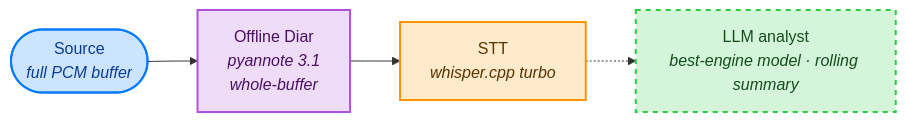
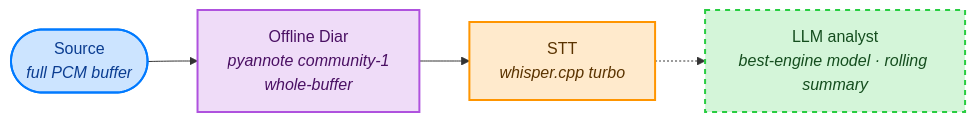
The second of 2 diagrams in README.md (warith-harchaoui/vocal-helper), drawn with Mermaid before and after one commit. The commit also changed other lines of this file and 5 other files, not shown here.

````diff
--- a/README.md
+++ b/README.md
@@ -66,12 +66,12 @@
 ```mermaid
 flowchart LR
     S([Source<br/><i>full PCM buffer</i>]):::source
-      --> D[Offline Diar<br/><i>pyannote 3.1<br/>whole-buffer</i>]:::diar
+      --> D[Offline Diar<br/><i>pyannote community-1<br/>whole-buffer</i>]:::diar
       --> A[STT<br/><i>whisper.cpp turbo</i>]:::asr
       -.-> L[LLM analyst<br/><i>best-engine model · rolling summary</i>]:::llm
 
     classDef source fill:#CCE4FF,stroke:#007AFF,stroke-width:2px,color:#0b3d91
     classDef diar   fill:#EFDCF8,stroke:#AF52DE,stroke-width:2px,color:#4a1063
     classDef asr    fill:#FFEACC,stroke:#FF9500,stroke-width:2px,color:#5a3300
     classDef llm    fill:#D4F5D9,stroke:#28CD41,stroke-width:2px,color:#144d1e,stroke-dasharray: 5 5
 ```
````
